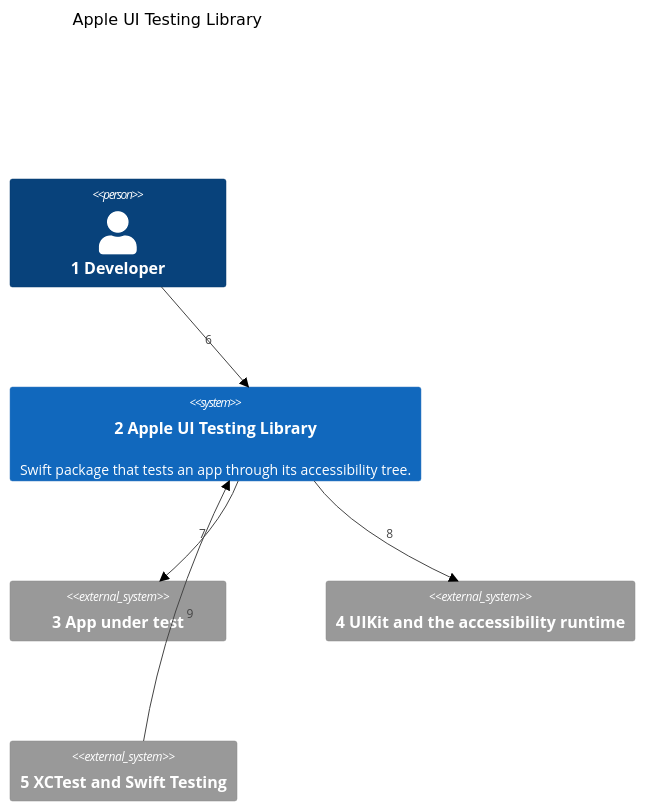
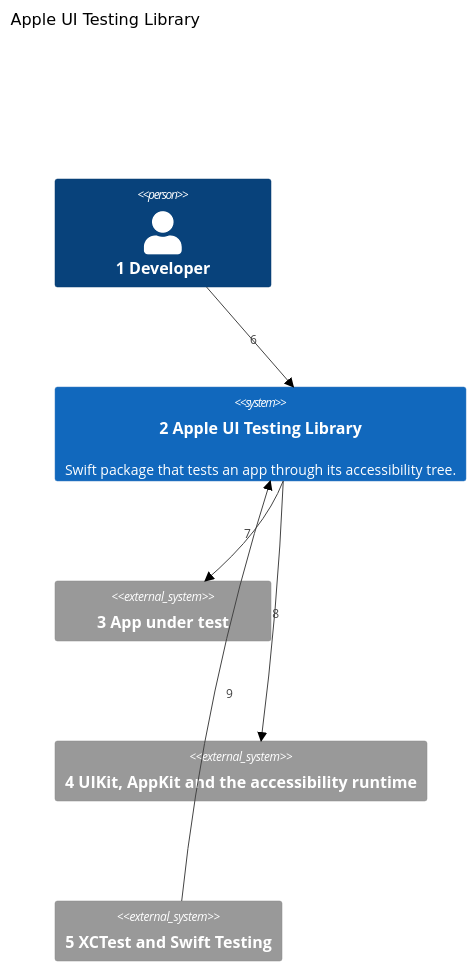
Before and after one commit to may-journal/apple-ui-testing-library: the first of 2 diagrams in docs/architecture/01-system-context.md, drawn with Mermaid (neutral theme). The commit also changed other lines of this file and 52 other files, not shown here.

First line of the commit message:
feat(library): one API over UIKit and AppKit, with tests for every acceptance (#18)

````diff
--- a/docs/architecture/01-system-context.md
+++ b/docs/architecture/01-system-context.md
@@ -7,15 +7,15 @@
 ```mermaid
 C4Context
     title Apple UI Testing Library
 
     Person(dev, "1 Developer")
     System(lib, "2 Apple UI Testing Library", "Swift package that tests an app through its accessibility tree.")
     System_Ext(app, "3 App under test")
-    System_Ext(runtime, "4 UIKit and the accessibility runtime")
+    System_Ext(runtime, "4 UIKit, AppKit and the accessibility runtime")
     System_Ext(runner, "5 XCTest and Swift Testing")
 
     Rel(dev, lib, "6")
     Rel(lib, app, "7")
     Rel(lib, runtime, "8")
     Rel(runner, lib, "9")
 ```
````
